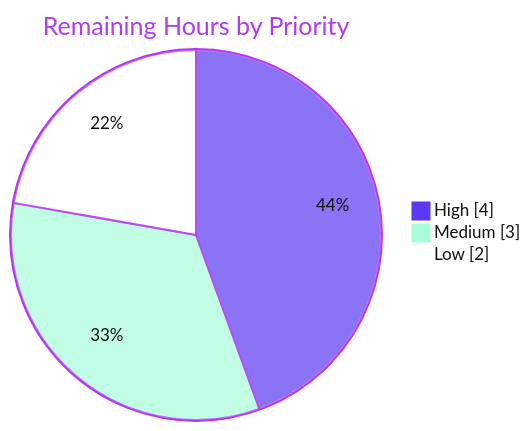
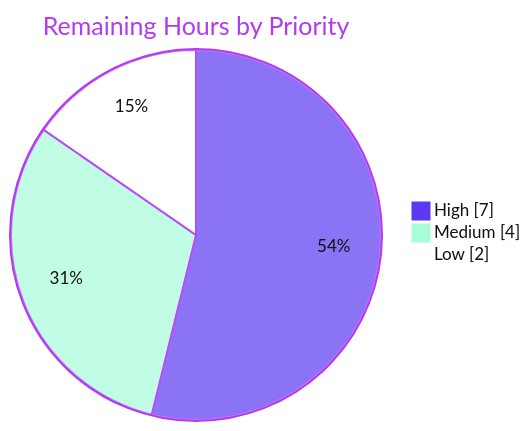
One commit to blitzy-public-samples/aws-carddemo-blitzy changed the third of 3 diagrams in blitzy/documentation/Project Guide.md. Above: the diagram before and after it, drawn with Mermaid. The commit also changed other lines of this file, not shown here.

````diff
--- a/blitzy/documentation/Project Guide.md
+++ b/blitzy/documentation/Project Guide.md
@@ -227,7 +254,7 @@
 ```mermaid
 %%{init: {'theme':'base','themeVariables':{'pie1':'#5B39F3','pie2':'#A8FDD9','pie3':'#FFFFFF','pieStrokeColor':'#B23AF2','pieStrokeWidth':'2px','pieOuterStrokeColor':'#B23AF2','pieOuterStrokeWidth':'2px','pieTitleTextColor':'#B23AF2','pieSectionTextColor':'#111111','pieLegendTextColor':'#111111'}}}%%
 pie showData title Remaining Hours by Priority
-    "High" : 4
-    "Medium" : 3
+    "High" : 7
+    "Medium" : 4
     "Low" : 2
 ```
````
